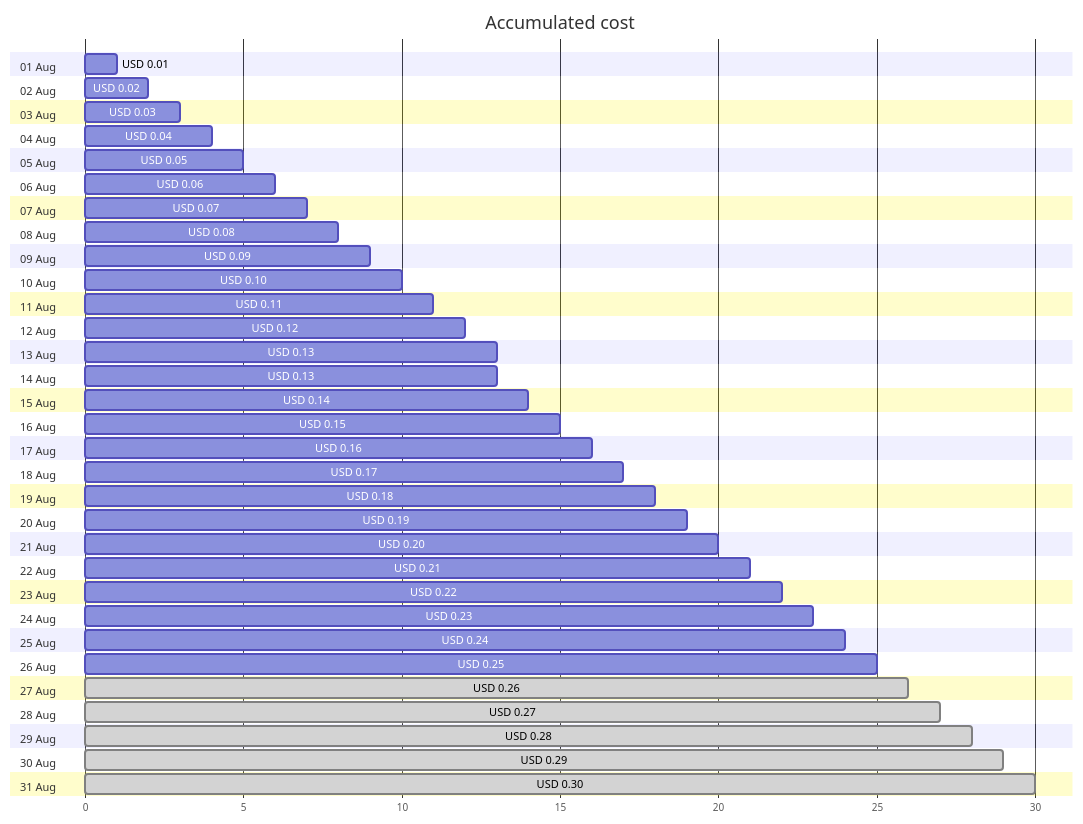
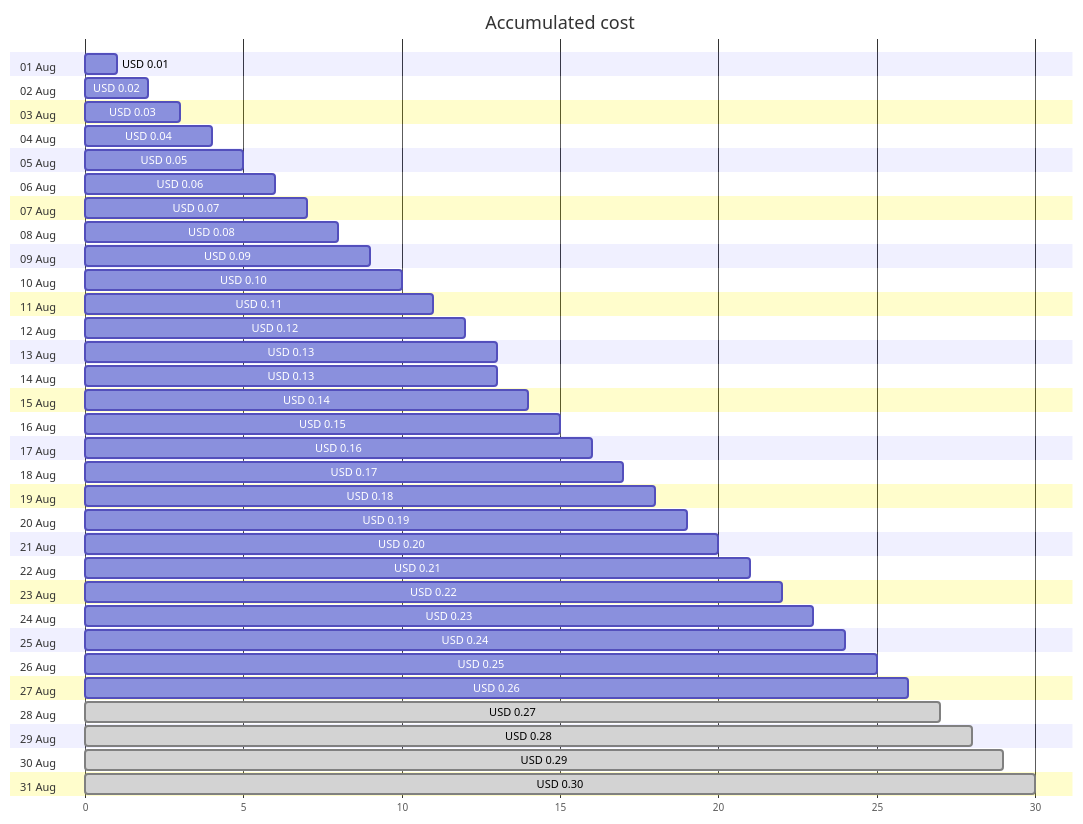
Before and after one commit to jpfulton/azure-personal-reports: the first of 4 diagrams in cost-reports/cloud-shell-storage-eastus/README.md, drawn with Mermaid. The commit also changed other lines of this file and 1 other file, not shown here.

````diff
--- a/cost-reports/cloud-shell-storage-eastus/README.md
+++ b/cost-reports/cloud-shell-storage-eastus/README.md
@@ -20,68 +20,68 @@
 ```mermaid
 gantt
    title Accumulated cost
    dateFormat  X
    axisFormat %s
    section 01 Aug
    USD 0.01 :0, 1
    section 02 Aug
    USD 0.02 :0, 2
    section 03 Aug
    USD 0.03 :0, 3
    section 04 Aug
    USD 0.04 :0, 4
    section 05 Aug
    USD 0.05 :0, 5
    section 06 Aug
    USD 0.06 :0, 6
    section 07 Aug
    USD 0.07 :0, 7
    section 08 Aug
    USD 0.08 :0, 8
    section 09 Aug
    USD 0.09 :0, 9
    section 10 Aug
    USD 0.10 :0, 10
    section 11 Aug
    USD 0.11 :0, 11
    section 12 Aug
    USD 0.12 :0, 12
    section 13 Aug
    USD 0.13 :0, 13
    section 14 Aug
    USD 0.13 :0, 13
    section 15 Aug
    USD 0.14 :0, 14
    section 16 Aug
    USD 0.15 :0, 15
    section 17 Aug
    USD 0.16 :0, 16
    section 18 Aug
    USD 0.17 :0, 17
    section 19 Aug
    USD 0.18 :0, 18
    section 20 Aug
    USD 0.19 :0, 19
    section 21 Aug
    USD 0.20 :0, 20
    section 22 Aug
    USD 0.21 :0, 21
    section 23 Aug
    USD 0.22 :0, 22
    section 24 Aug
    USD 0.23 :0, 23
    section 25 Aug
    USD 0.24 :0, 24
    section 26 Aug
    USD 0.25 :0, 25
    section 27 Aug
-   USD 0.26 : done, 0, 26
+   USD 0.26 :0, 26
    section 28 Aug
    USD 0.27 : done, 0, 27
    section 29 Aug
    USD 0.28 : done, 0, 28
    section 30 Aug
    USD 0.29 : done, 0, 29
    section 31 Aug
    USD 0.30 : done, 0, 30
 ```
````
